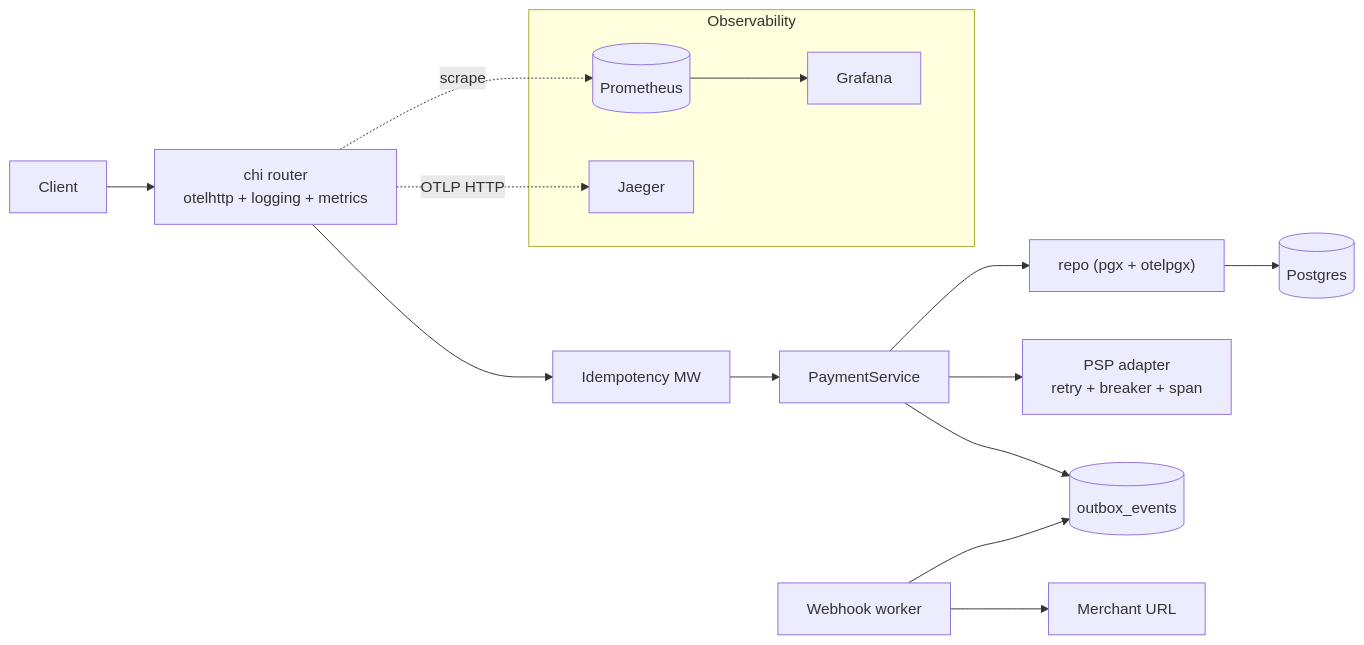
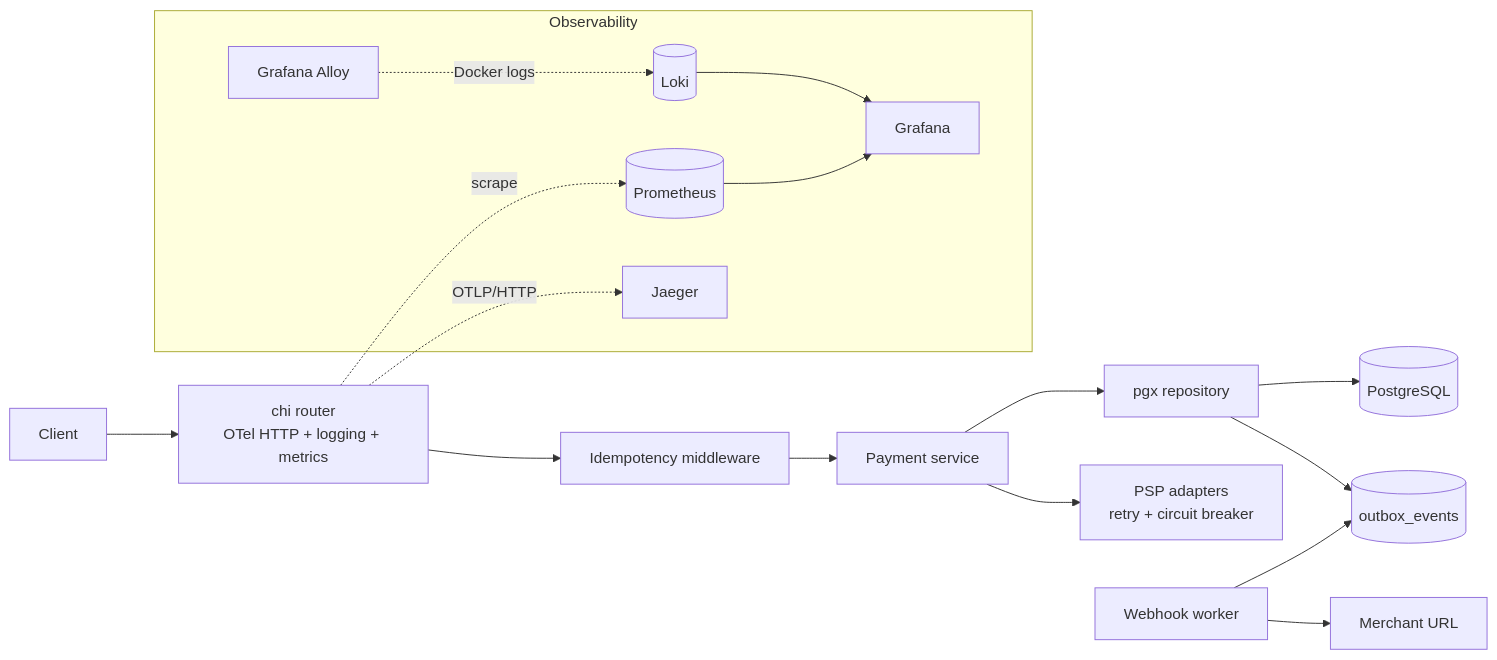
The diagram in README.md (sairamapuroop/PayFlowMock), drawn with Mermaid before and after one commit. The commit also changed other lines of this file and 10 other files, not shown here.

````diff
--- a/README.md
+++ b/README.md
@@ -7,21 +20,25 @@
 ```mermaid
 flowchart LR
-    Client --> HTTP["chi router<br/>otelhttp + logging + metrics"]
-    HTTP --> Idem["Idempotency MW"]
-    Idem --> Svc["PaymentService"]
-    Svc --> Repo["repo (pgx + otelpgx)"]
-    Svc --> PSP["PSP adapter<br/>retry + breaker + span"]
-    Repo --> PG[(Postgres)]
-    Svc --> Outbox[(outbox_events)]
+    Client --> HTTP["chi router<br/>OTel HTTP + logging + metrics"]
+    HTTP --> Idem["Idempotency middleware"]
+    Idem --> Svc["Payment service"]
+    Svc --> Repo["pgx repository"]
+    Svc --> PSP["PSP adapters<br/>retry + circuit breaker"]
+    Repo --> PG[(PostgreSQL)]
+    Repo --> Outbox[(outbox_events)]
     Worker["Webhook worker"] --> Outbox
     Worker --> Merchant["Merchant URL"]
 
     subgraph observability [Observability]
       Prom[(Prometheus)]
       Graf[Grafana]
       Jaeger[Jaeger]
+      Loki[(Loki)]
+      Alloy["Grafana Alloy"]
     end
     HTTP -. scrape .-> Prom
-    HTTP -. OTLP HTTP .-> Jaeger
+    HTTP -. OTLP/HTTP .-> Jaeger
+    Alloy -. Docker logs .-> Loki
     Prom --> Graf
+    Loki --> Graf
 ```
````
